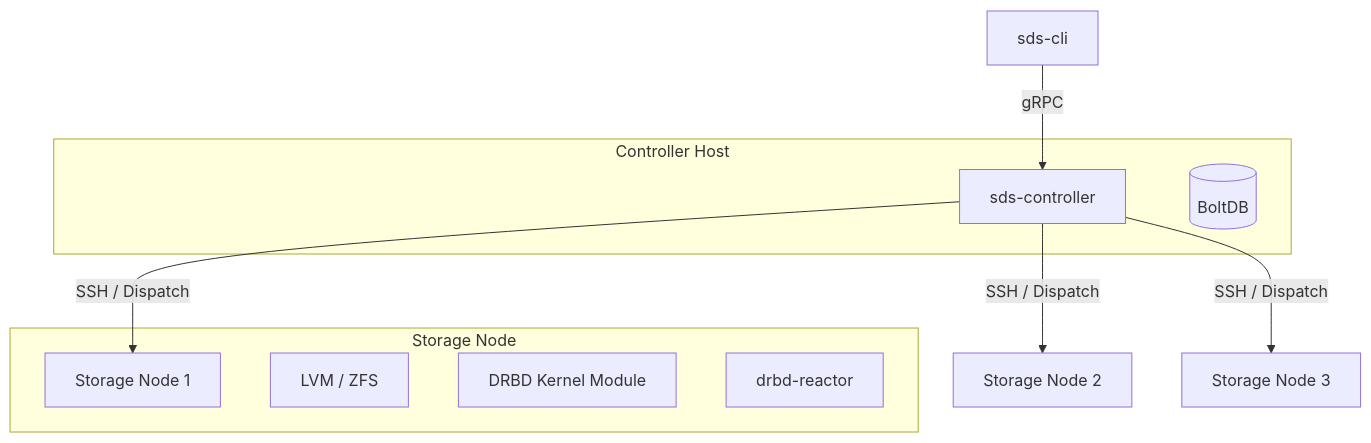
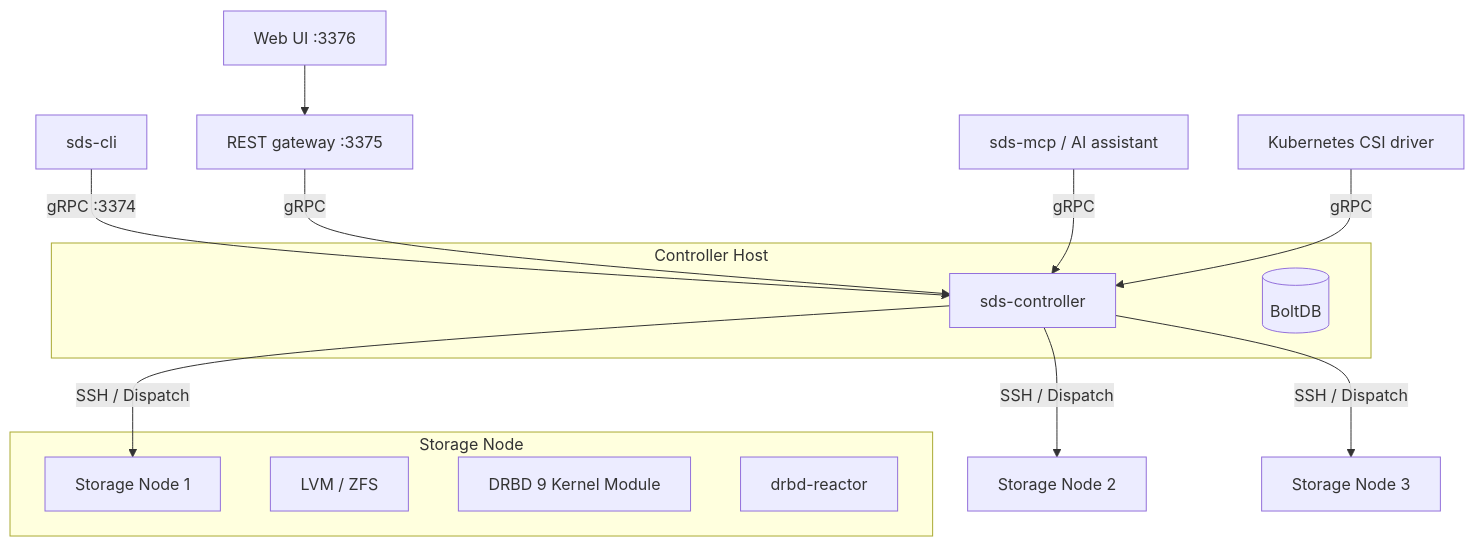
Before and after one commit to haify-project/sds: the diagram in README.md, drawn with Mermaid. The commit also changed other lines of this file and 1 other file, not shown here.

````diff
--- a/README.md
+++ b/README.md
@@ -11,20 +11,24 @@
 ```mermaid
 graph TD
-    CLI[sds-cli] -->|gRPC| CTRL[sds-controller]
+    CLI[sds-cli] -->|gRPC :3374| CTRL[sds-controller]
+    UI[Web UI :3376] --> REST[REST gateway :3375]
+    REST -->|gRPC| CTRL
+    MCP[sds-mcp / AI assistant] -->|gRPC| CTRL
+    K8S[Kubernetes CSI driver] -->|gRPC| CTRL
 
     subgraph Controller Host
     CTRL
     DB[(BoltDB)]
     end
 
     CTRL -->|SSH / Dispatch| Node1[Storage Node 1]
     CTRL -->|SSH / Dispatch| Node2[Storage Node 2]
     CTRL -->|SSH / Dispatch| Node3[Storage Node 3]
 
     subgraph Storage Node
     Node1
     LVM[LVM / ZFS]
-    DRBD[DRBD Kernel Module]
+    DRBD[DRBD 9 Kernel Module]
     Reactor[drbd-reactor]
     end
 ```
````
